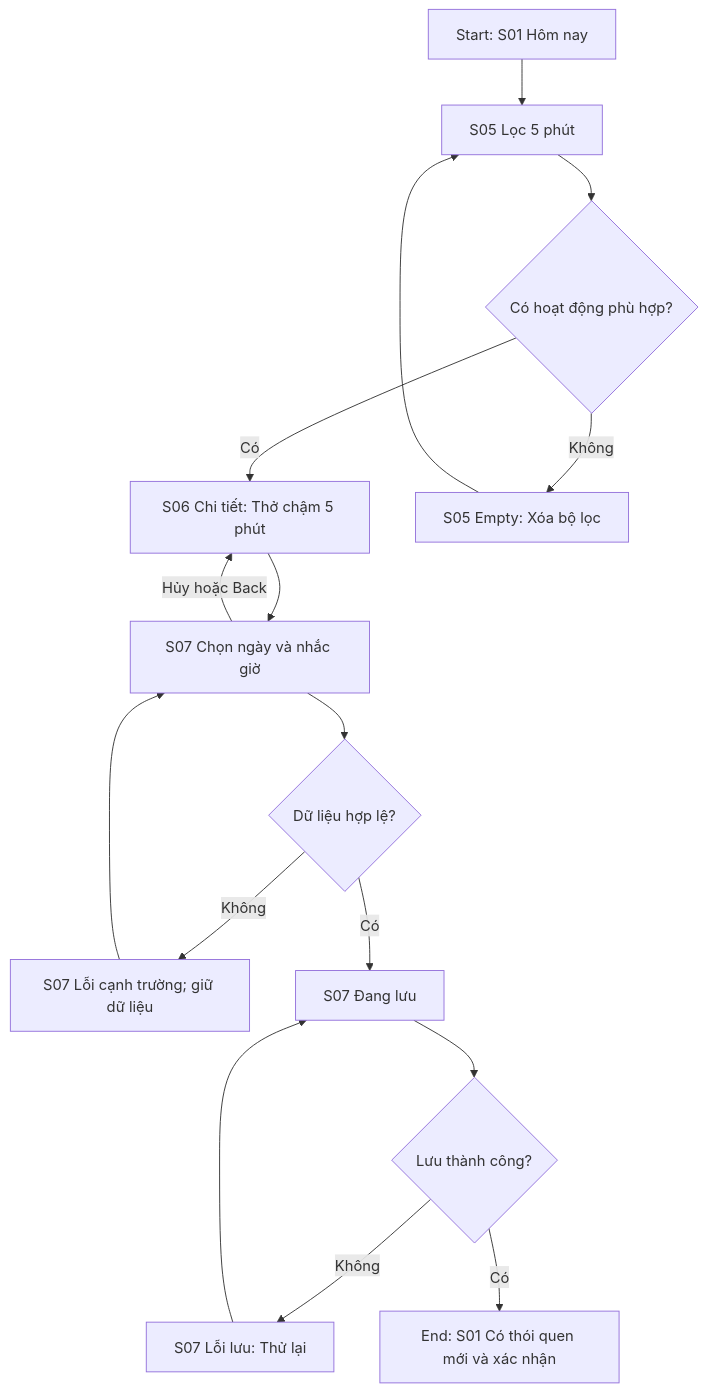
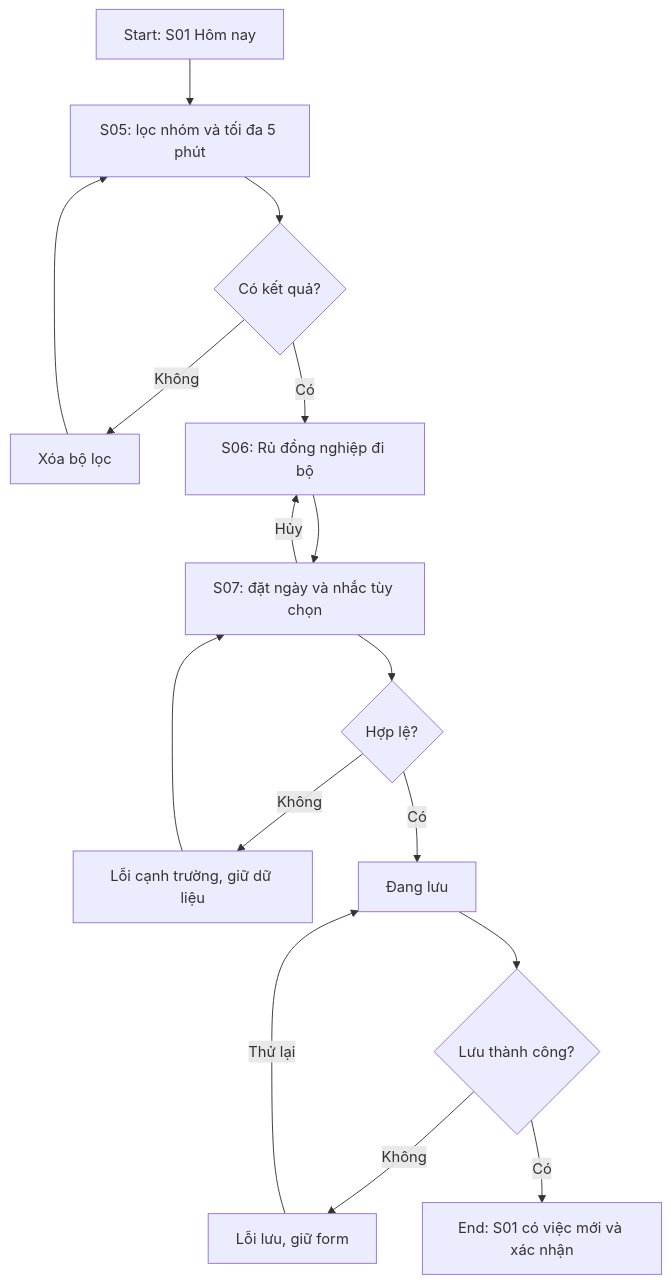
One commit to PhamQuangDuc1/PRM.POWER9 changed the first of 3 diagrams in ux/user-flow.md. Above: the diagram before and after it, drawn with Mermaid. The commit also changed other lines of this file and 611 other files, not shown here.

````diff
--- a/ux/user-flow.md
+++ b/ux/user-flow.md
@@ -19,18 +14,18 @@
 ```mermaid
 flowchart TD
-  A["Start: S01 Hôm nay"] --> B["S05 Lọc 5 phút"]
-  B --> C{"Có hoạt động phù hợp?"}
-  C -->|Có| D["S06 Chi tiết: Thở chậm 5 phút"]
-  C -->|Không| E["S05 Empty: Xóa bộ lọc"]
-  E --> B
-  D --> F["S07 Chọn ngày và nhắc giờ"]
-  F --> G{"Dữ liệu hợp lệ?"}
-  G -->|Không| H["S07 Lỗi cạnh trường; giữ dữ liệu"]
-  H --> F
-  G -->|Có| I["S07 Đang lưu"]
-  I --> J{"Lưu thành công?"}
-  J -->|Không| K["S07 Lỗi lưu: Thử lại"]
-  K --> I
-  J -->|Có| L["End: S01 Có thói quen mới và xác nhận"]
-  F -->|Hủy hoặc Back| D
+ A["Start: S01 Hôm nay"] --> B["S05: lọc nhóm và tối đa 5 phút"]
+ B --> C{"Có kết quả?"}
+ C -->|Không| D["Xóa bộ lọc"]
+ D --> B
+ C -->|Có| E["S06: Rủ đồng nghiệp đi bộ"]
+ E --> F["S07: đặt ngày và nhắc tùy chọn"]
+ F -->|Hủy| E
+ F --> G{"Hợp lệ?"}
+ G -->|Không| H["Lỗi cạnh trường, giữ dữ liệu"]
+ H --> F
+ G -->|Có| I["Đang lưu"]
+ I --> J{"Lưu thành công?"}
+ J -->|Không| K["Lỗi lưu, giữ form"]
+ K -->|Thử lại| I
+ J -->|Có| L["End: S01 có việc mới và xác nhận"]
 ```
````
